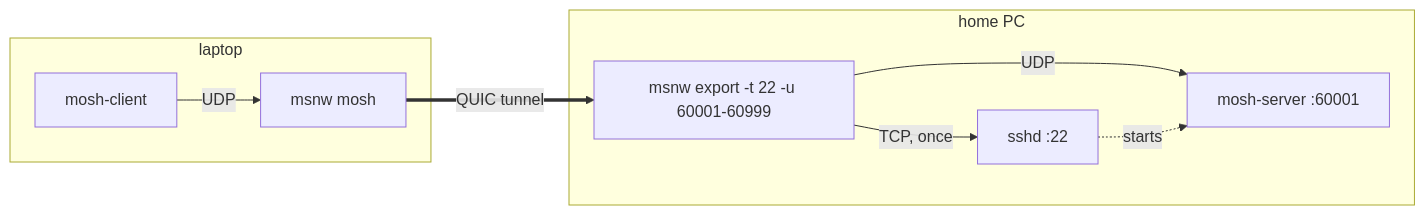
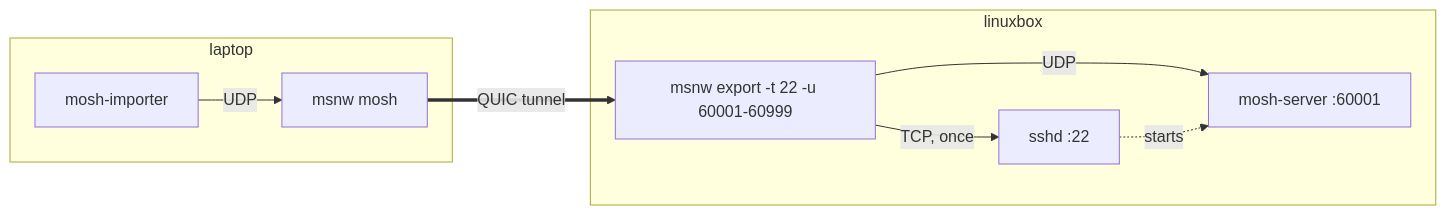
One commit to ikeji/mysmallnetwork changed the fourth of 7 diagrams in README.md. Above: the diagram before and after it, drawn with Mermaid. The commit also changed other lines of this file and 6 other files, not shown here.

First line of the commit message:
README: importer wording, linuxbox examples, export/import http.server example

````diff
--- a/README.md
+++ b/README.md
@@ -139,12 +143,12 @@
 ```mermaid
 flowchart LR
     subgraph laptop
-        mc["mosh-client"] -->|UDP| mm["msnw mosh"]
+        mc["mosh-importer"] -->|UDP| mm["msnw mosh"]
     end
-    subgraph home["home PC"]
+    subgraph linuxbox
         ex["msnw export -t 22 -u 60001-60999"] -->|UDP| ms["mosh-server :60001"]
         ex -->|TCP, once| sshd["sshd :22"]
         sshd -.->|starts| ms
     end
     mm ==>|QUIC tunnel| ex
 ```
````
